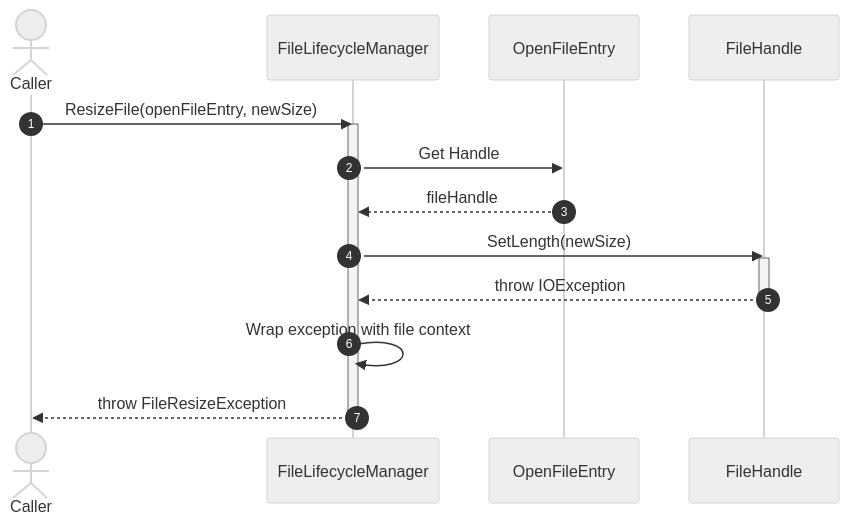
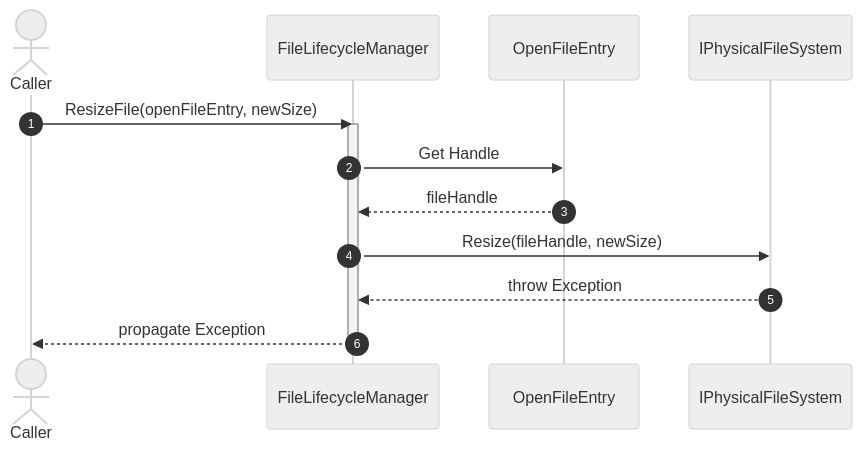
Before and after one commit to manaxpow/DBMS: the fifth of 5 diagrams in docs/diagrams/sequence-diagrams/storage-engine/file-management/file-lifecycle/resize-file.md, drawn with Mermaid (neutral theme). The commit also changed other lines of this file and 54 other files, not shown here.

````diff
--- a/docs/diagrams/sequence-diagrams/storage-engine/file-management/file-lifecycle/resize-file.md
+++ b/docs/diagrams/sequence-diagrams/storage-engine/file-management/file-lifecycle/resize-file.md
@@ -216,26 +208,21 @@
 ```mermaid
 sequenceDiagram
     autonumber
 
     actor Caller
     participant FLM as FileLifecycleManager
     participant OE as OpenFileEntry
-    participant FH as FileHandle
+    participant PFS as IPhysicalFileSystem
 
     Caller->>FLM: ResizeFile(openFileEntry, newSize)
     activate FLM
 
     FLM->>OE: Get Handle
     OE-->>FLM: fileHandle
 
-    FLM->>FH: SetLength(newSize)
-    activate FH
-
-    FH-->>FLM: throw IOException
-    deactivate FH
-
-    FLM->>FLM: Wrap exception with file context
-
-    FLM-->>Caller: throw FileResizeException
+    FLM->>PFS: Resize(fileHandle, newSize)
+    PFS-->>FLM: throw Exception
+    
+    FLM-->>Caller: propagate Exception
     deactivate FLM
 ```
````
